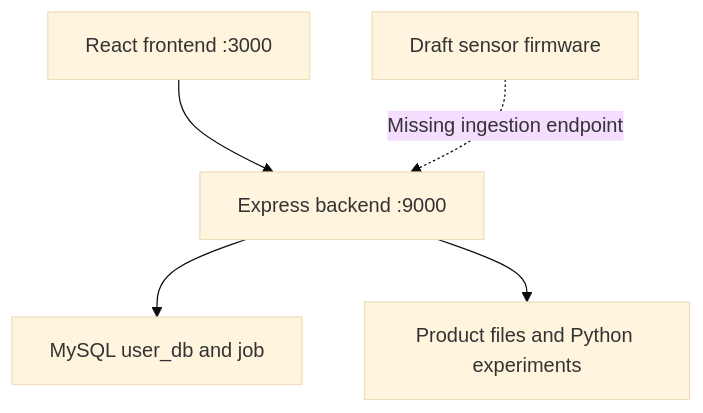
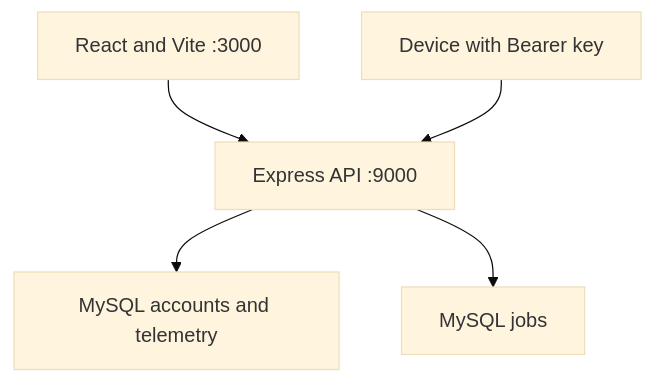
The diagram in docs/ARCHITECTURE.md (rakesh9211488-bot/TechFarming), drawn with Mermaid (base theme) before and after one commit. The commit also changed other lines of this file and 49 other files, not shown here.

````diff
--- a/docs/ARCHITECTURE.md
+++ b/docs/ARCHITECTURE.md
@@ -7,7 +7,7 @@
 ```mermaid
 flowchart TD
-  Browser[React frontend :3000] --> API[Express backend :9000]
-  API --> DB[MySQL user_db and job]
-  API --> Files[Product files and Python experiments]
-  Sensors[Draft sensor firmware] -. Missing ingestion endpoint .-> API
+  UI[React and Vite :3000] --> API[Express API :9000]
+  API --> Accounts[MySQL accounts and telemetry]
+  API --> Jobs[MySQL jobs]
+  Device[Device with Bearer key] --> API
 ```
````
